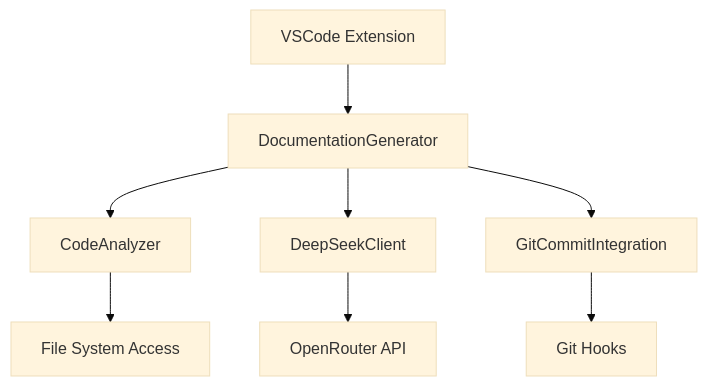
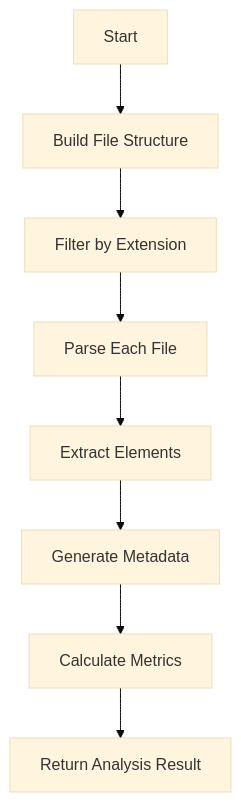
Before and after one commit to voznyye/AutoDoc: the diagram in PROJECT_OVERVIEW.md, drawn with Mermaid (base theme). The commit also changed other lines of this file and 1 other file, not shown here.

````diff
--- a/PROJECT_OVERVIEW.md
+++ b/PROJECT_OVERVIEW.md
@@ -20,10 +236,10 @@
 ```mermaid
 graph TD
-    A[VSCode Extension] --> B[DocumentationGenerator]
-    B --> C[CodeAnalyzer]
-    B --> D[DeepSeekClient]
-    B --> E[GitCommitIntegration]
-    C --> F[File System Access]
-    D --> G[OpenRouter API]
-    E --> H[Git Hooks]
+  A[Start] --> B[Build File Structure]
+  B --> C[Filter by Extension]
+  C --> D[Parse Each File]
+  D --> E[Extract Elements]
+  E --> F[Generate Metadata]
+  F --> G[Calculate Metrics]
+  G --> H[Return Analysis Result]
 ```
````
